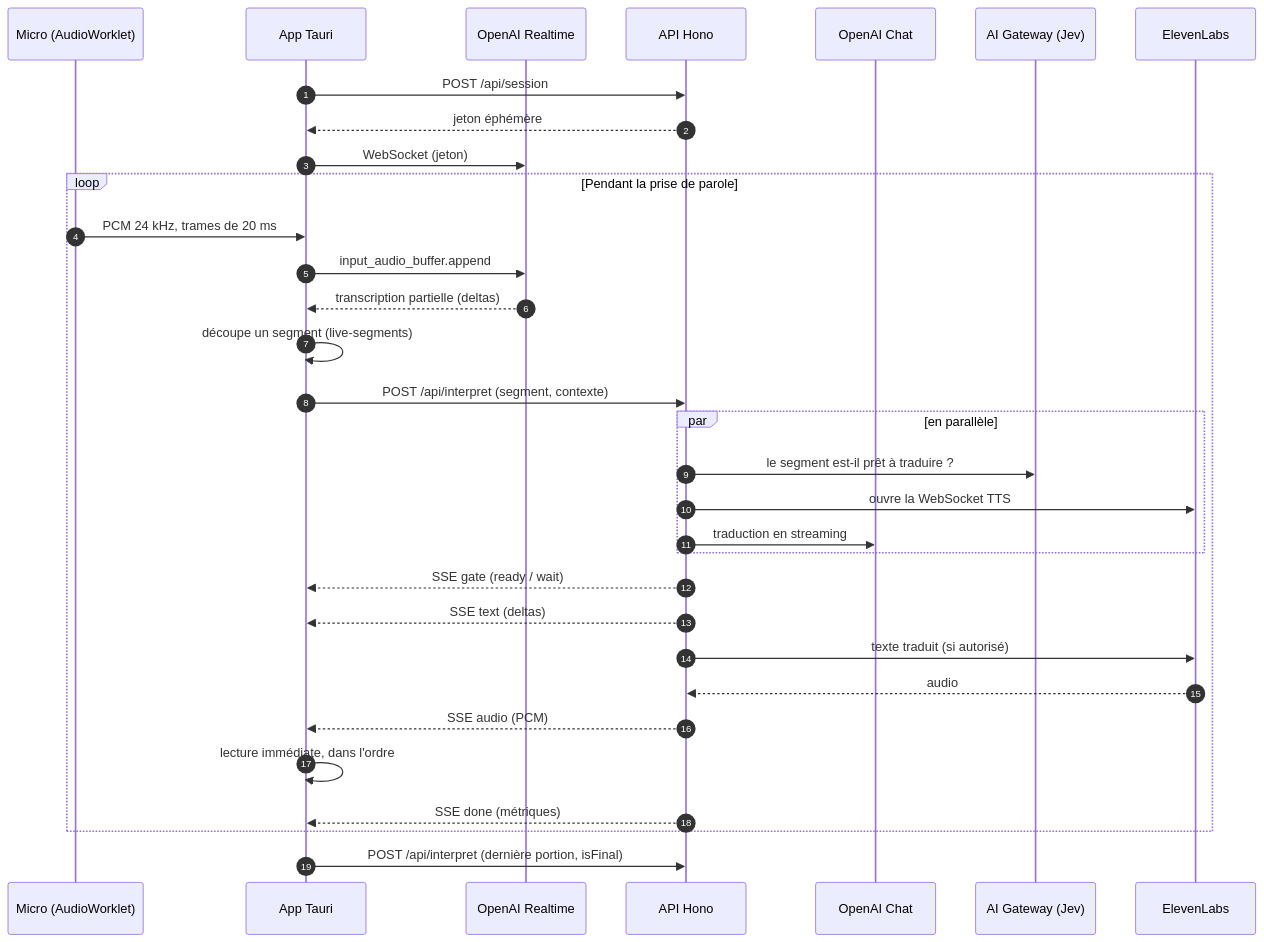
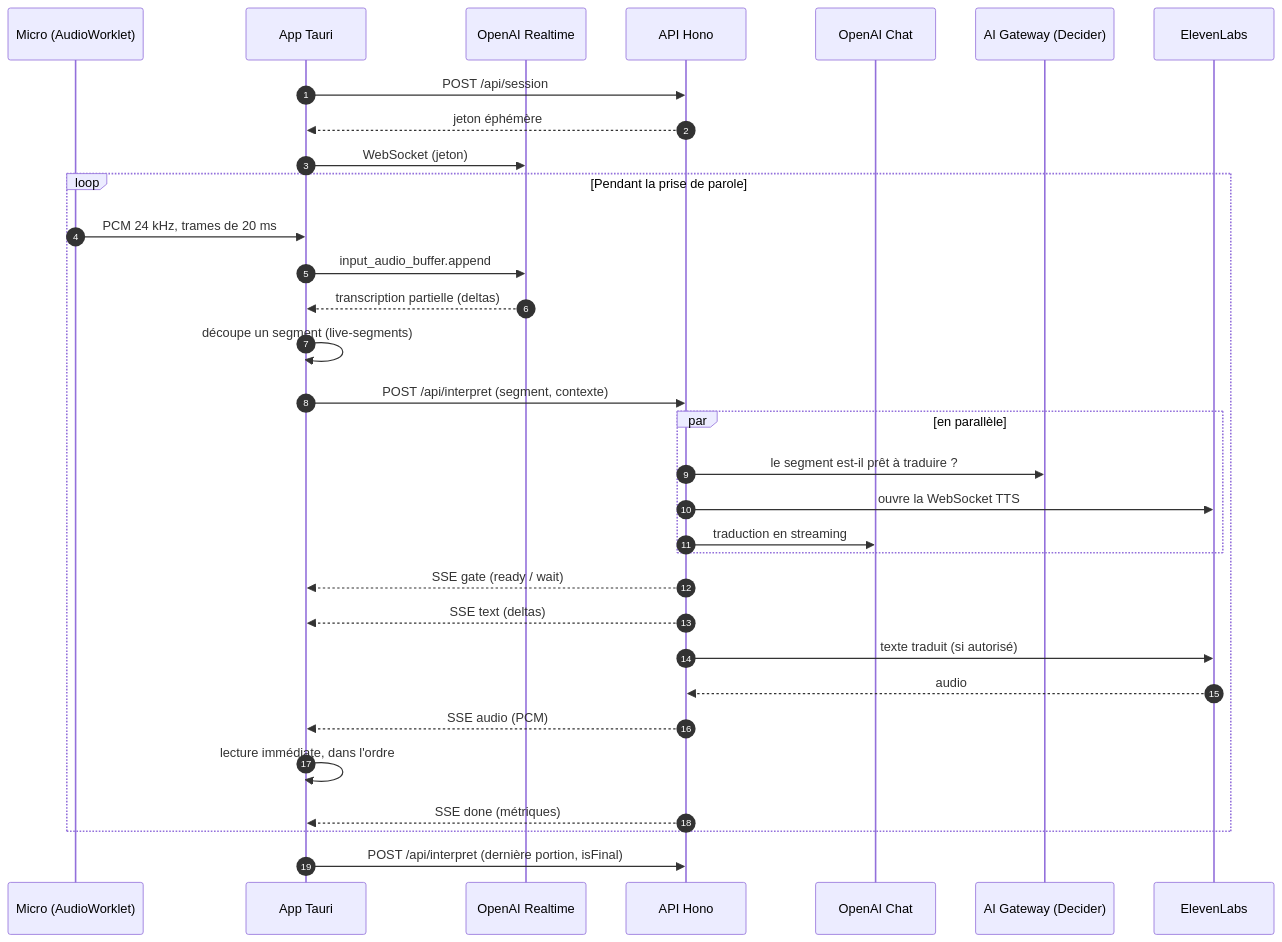
Before and after one commit to kevinrss01/interprete-live-v2: the fifth of 6 diagrams in docs/architecture.md, drawn with Mermaid. The commit also changed other lines of this file and 29 other files, not shown here.

Commit message:
Improve benchmark diagnostics, recording coverage and caption flow

````diff
--- a/docs/architecture.md
+++ b/docs/architecture.md
@@ -211,35 +211,35 @@
 ```mermaid
 sequenceDiagram
   autonumber
   participant Mic as Micro (AudioWorklet)
   participant App as App Tauri
   participant RT as OpenAI Realtime
   participant API as API Hono
   participant LLM as OpenAI Chat
-  participant Jev as AI Gateway (Jev)
+  participant Jev as AI Gateway (Decider)
   participant EL as ElevenLabs
 
   App->>API: POST /api/session
   API-->>App: jeton éphémère
   App->>RT: WebSocket (jeton)
   loop Pendant la prise de parole
     Mic->>App: PCM 24 kHz, trames de 20 ms
     App->>RT: input_audio_buffer.append
     RT-->>App: transcription partielle (deltas)
     App->>App: découpe un segment (live-segments)
     App->>API: POST /api/interpret (segment, contexte)
     par en parallèle
       API->>Jev: le segment est-il prêt à traduire ?
       API->>EL: ouvre la WebSocket TTS
       API->>LLM: traduction en streaming
     end
     API-->>App: SSE gate (ready / wait)
     API-->>App: SSE text (deltas)
     API->>EL: texte traduit (si autorisé)
     EL-->>API: audio
     API-->>App: SSE audio (PCM)
     App->>App: lecture immédiate, dans l'ordre
     API-->>App: SSE done (métriques)
   end
   App->>API: POST /api/interpret (dernière portion, isFinal)
 ```
````
